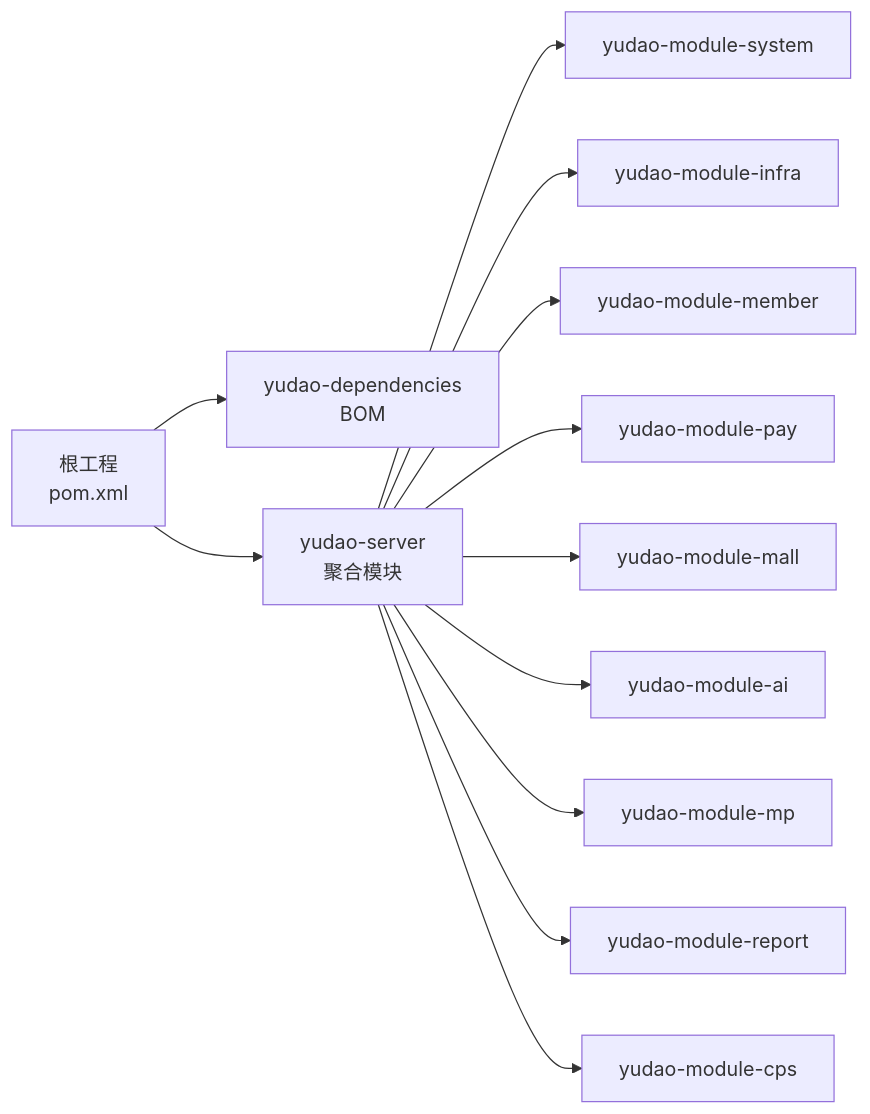
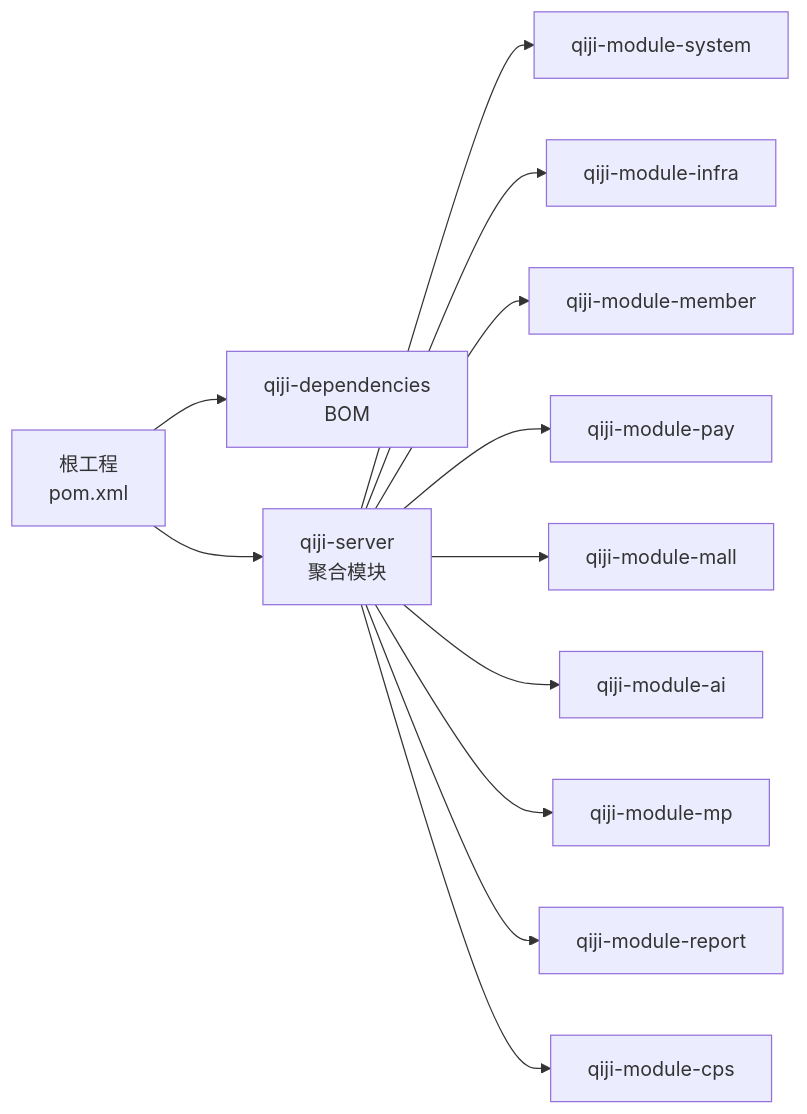
One commit to zhuangpengLI/AgenticCPS changed the third of 3 diagrams in backend/.qoder/repowiki/zh/content/开发指南/开发环境搭建.md. Above: the diagram before and after it, drawn with Mermaid. The commit also changed other lines of this file and 3489 other files, not shown here.

````diff
--- a/backend/.qoder/repowiki/zh/content/开发指南/开发环境搭建.md
+++ b/backend/.qoder/repowiki/zh/content/开发指南/开发环境搭建.md
@@ -267,14 +267,14 @@
 ```mermaid
 graph LR
-P["根工程<br/>pom.xml"] --> D["yudao-dependencies<br/>BOM"]
-P --> S["yudao-server<br/>聚合模块"]
-S --> M1["yudao-module-system"]
-S --> M2["yudao-module-infra"]
-S --> M3["yudao-module-member"]
-S --> M4["yudao-module-pay"]
-S --> M5["yudao-module-mall"]
-S --> M6["yudao-module-ai"]
-S --> M7["yudao-module-mp"]
-S --> M8["yudao-module-report"]
-S --> M9["yudao-module-cps"]
+P["根工程<br/>pom.xml"] --> D["qiji-dependencies<br/>BOM"]
+P --> S["qiji-server<br/>聚合模块"]
+S --> M1["qiji-module-system"]
+S --> M2["qiji-module-infra"]
+S --> M3["qiji-module-member"]
+S --> M4["qiji-module-pay"]
+S --> M5["qiji-module-mall"]
+S --> M6["qiji-module-ai"]
+S --> M7["qiji-module-mp"]
+S --> M8["qiji-module-report"]
+S --> M9["qiji-module-cps"]
 ```
````
